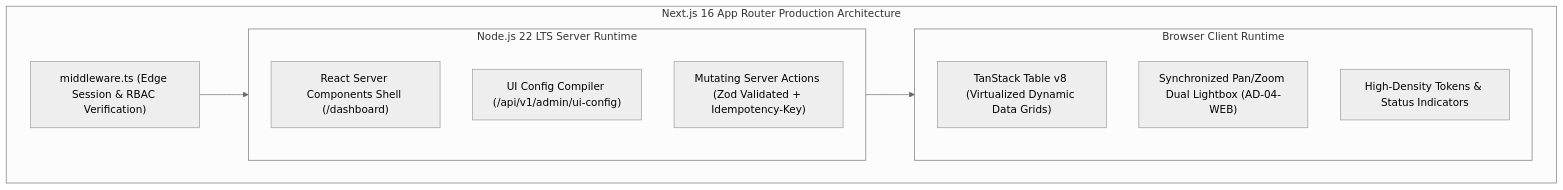
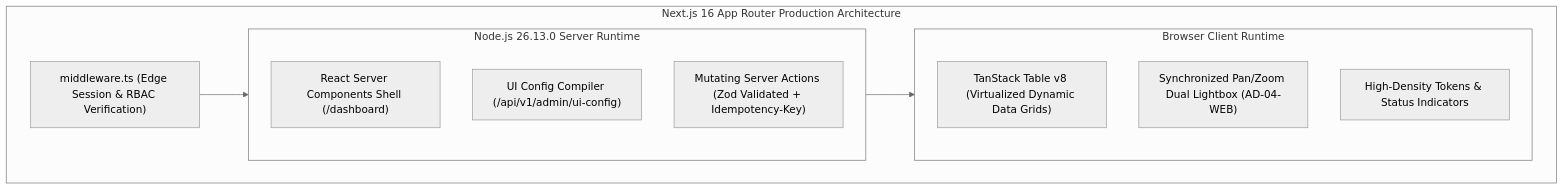
One commit to YDink/Heavy-Machinery-Logistics-Rental changed the sixth of 9 diagrams in docs/shared/architecture/14-appendix-full-technology-stack.md. Above: the diagram before and after it, drawn with Mermaid (neutral theme). The commit also changed other lines of this file and 212 other files, not shown here.

````diff
--- a/docs/shared/architecture/14-appendix-full-technology-stack.md
+++ b/docs/shared/architecture/14-appendix-full-technology-stack.md
@@ -259,21 +259,21 @@
 ```mermaid
 flowchart TD
     subgraph NextJSArch [Next.js 16 App Router Production Architecture]
         EdgeMiddleware["middleware.ts (Edge Session & RBAC Verification)"]
         
-        subgraph ServerRuntime [Node.js 22 LTS Server Runtime]
+        subgraph ServerRuntime [Node.js 26.13.0 Server Runtime]
             RSCShell["React Server Components Shell (/dashboard)"]
             MetadataCompiler["UI Config Compiler (/api/v1/admin/ui-config)"]
             ServerActions["Mutating Server Actions (Zod Validated + Idempotency-Key)"]
         end
 
         subgraph ClientRuntime [Browser Client Runtime]
             TanStack["TanStack Table v8 (Virtualized Dynamic Data Grids)"]
             DisputeLightbox["Synchronized Pan/Zoom Dual Lightbox (AD-04-WEB)"]
             StatusBadges["High-Density Tokens & Status Indicators"]
         end
 
         EdgeMiddleware --> ServerRuntime
         ServerRuntime --> ClientRuntime
     end
 ```
````
